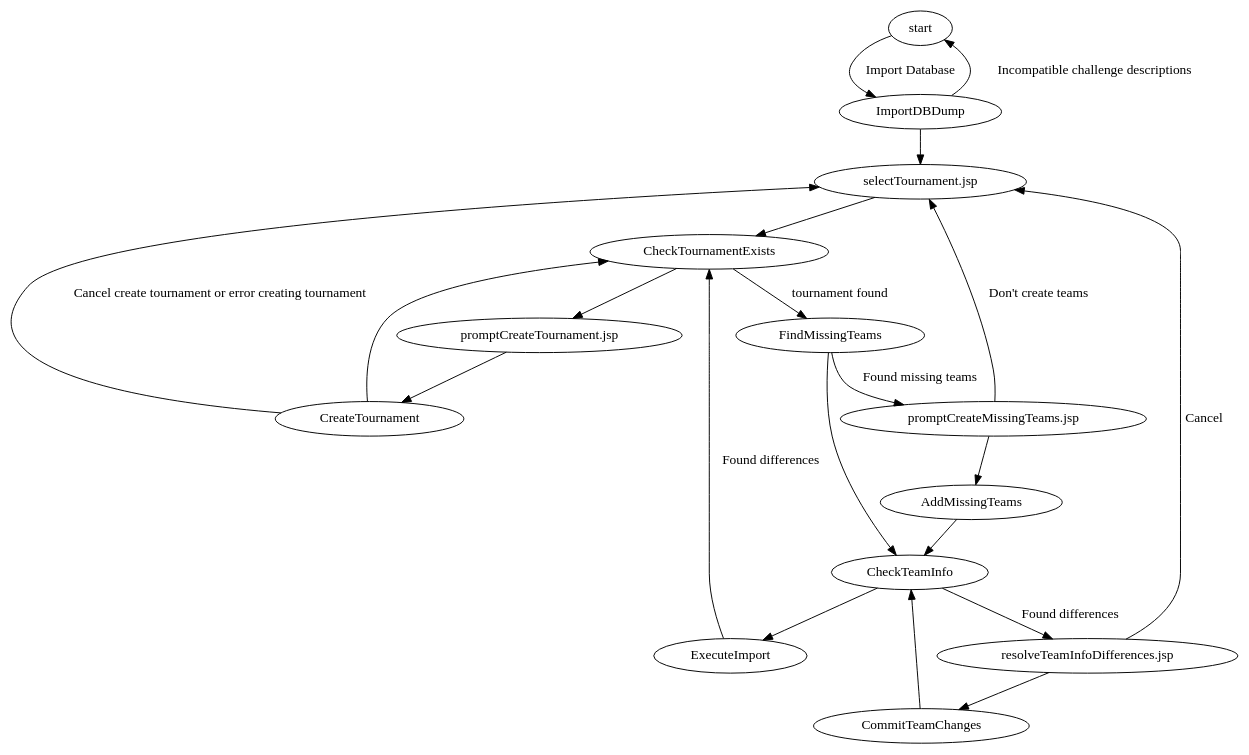
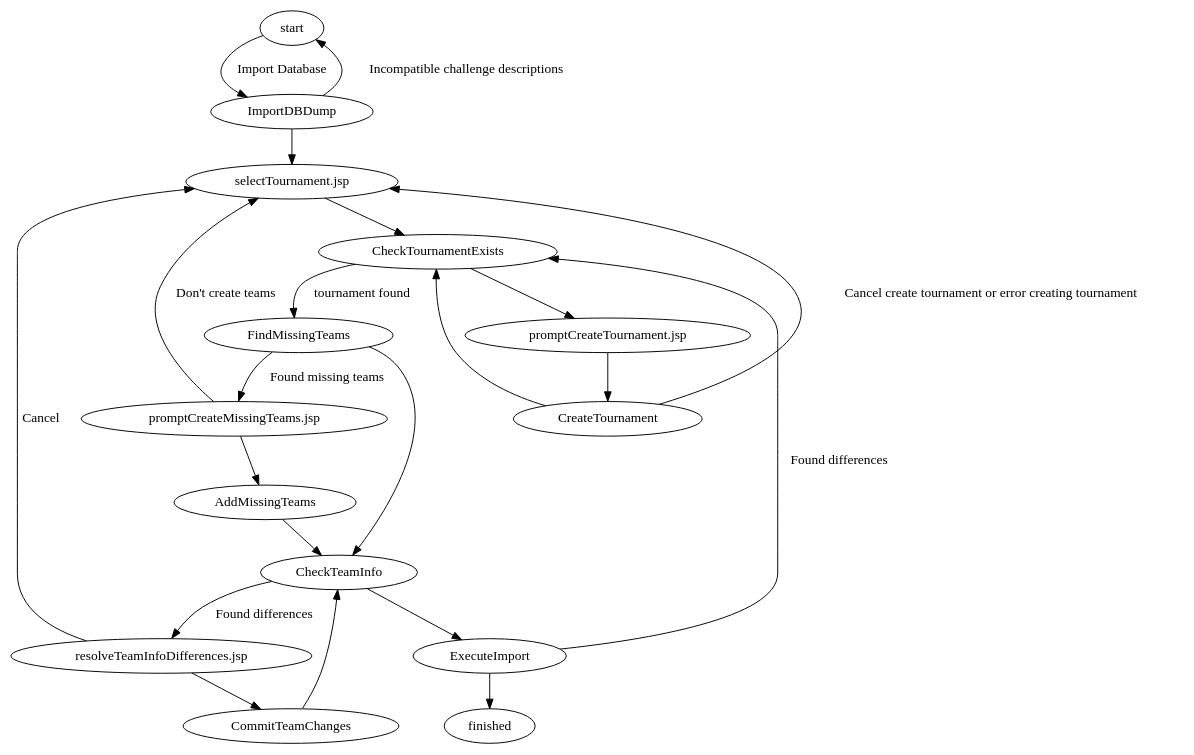
Before and after one commit to jpschewe/fll-sw: the diagram in src/main/documentation/workflows/import_database.dot, drawn with Graphviz.

Commit message:
Make it clear when the graph finishes

```diff
--- a/src/main/documentation/workflows/import_database.dot
+++ b/src/main/documentation/workflows/import_database.dot
@@ -1,43 +1,45 @@
 digraph import_database {
 
 "start" -> ImportDBDump [label="Import Database"];
 
 ImportDBDump -> "selectTournament.jsp";
 
 ImportDBDump -> "start" [label="Incompatible challenge descriptions"]
 
 "selectTournament.jsp" -> CheckTournamentExists;
 
 CheckTournamentExists -> "promptCreateTournament.jsp";
 
 CheckTournamentExists -> FindMissingTeams [label="tournament found"];
 
 "promptCreateTournament.jsp" -> CreateTournament;
 
 CreateTournament -> "selectTournament.jsp" [label="Cancel create tournament or error creating tournament"];
 
 CreateTournament -> CheckTournamentExists;
 
 FindMissingTeams -> CheckTeamInfo;
 
 FindMissingTeams -> "promptCreateMissingTeams.jsp" [label="Found missing teams"];
 
 "promptCreateMissingTeams.jsp" -> AddMissingTeams;
 
 "promptCreateMissingTeams.jsp" -> "selectTournament.jsp" [label="Don't create teams"];
 
 AddMissingTeams -> CheckTeamInfo;
 
 CheckTeamInfo -> ExecuteImport;
 
 CheckTeamInfo -> "resolveTeamInfoDifferences.jsp" [label="Found differences"];
 
 "resolveTeamInfoDifferences.jsp" -> CommitTeamChanges;
 
 "resolveTeamInfoDifferences.jsp" -> "selectTournament.jsp" [label="Cancel"];
 
 CommitTeamChanges -> CheckTeamInfo;
 
 ExecuteImport -> CheckTournamentExists [label="Found differences"];
 
+ExecuteImport -> "finished";
+
 }
```
